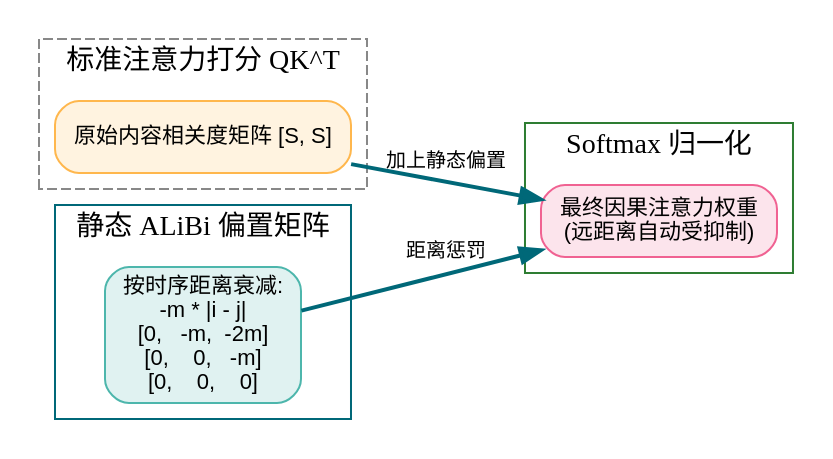
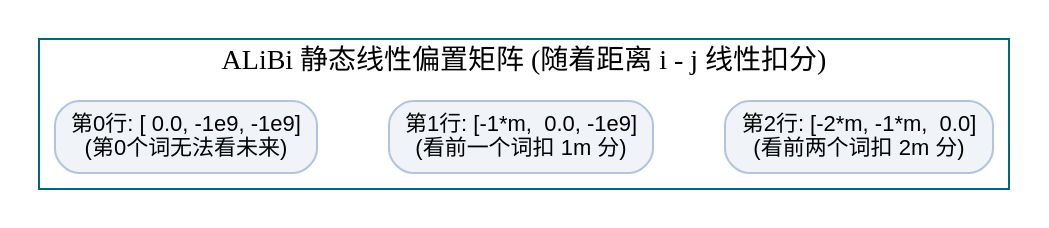
One commit to hqu-little-boy/blog changed the third of 3 diagrams in src/content/posts/dl-operators-05-positional-encoding-rope-alibi-guide.md. Above: the diagram before and after it, drawn with Graphviz. The commit also changed other lines of this file and 11 other files, not shown here.

````diff
--- a/src/content/posts/dl-operators-05-positional-encoding-rope-alibi-guide.md
+++ b/src/content/posts/dl-operators-05-positional-encoding-rope-alibi-guide.md
@@ -241,31 +197,16 @@
 ```graphviz
-digraph ALiBiDemo {
+digraph ALiBiPenalty {
     rankdir=LR;
     node [fontname="Helvetica,Arial,sans-serif", fontsize=11, shape=rect, style="rounded,filled", fillcolor="#f0f4f8", color="#b0c4de"];
     edge [fontname="Helvetica,Arial,sans-serif", fontsize=10, color="#555555"];
 
-    subgraph cluster_qk {
-        label = "标准注意力打分 QK^T";
-        style = dashed;
-        color = "#888888";
-        score [label="原始内容相关度矩阵 [S, S]", fillcolor="#fff3e0", color="#ffb74d"];
+    subgraph cluster_penalty {
+        label = "ALiBi 静态线性偏置矩阵 (随着距离 i - j 线性扣分)";
+        style = solid; color = "#006878";
+        p0 [label="第0行: [ 0.0, -1e9, -1e9]\n(第0个词无法看未来)"];
+        p1 [label="第1行: [-1*m,  0.0, -1e9]\n(看前一个词扣 1m 分)"];
+        p2 [label="第2行: [-2*m, -1*m,  0.0]\n(看前两个词扣 2m 分)"];
+        p0 -> p1 -> p2 [style=invis];
     }
-
-    subgraph cluster_bias {
-        label = "静态 ALiBi 偏置矩阵";
-        style = solid;
-        color = "#006878";
-        bias [label="按时序距离衰减:\n-m * |i - j|\n[0,   -m,  -2m]\n[0,    0,   -m]\n[0,    0,    0]", fillcolor="#e0f2f1", color="#4db6ac"];
-    }
-
-    subgraph cluster_out {
-        label = "Softmax 归一化";
-        style = solid;
-        color = "#2e7d32";
-        final [label="最终因果注意力权重\n(远距离自动受抑制)", fillcolor="#fce4ec", color="#f06292"];
-    }
-
-    score -> final [label="加上静态偏置", color="#006878", penwidth=2];
-    bias -> final [label="距离惩罚", color="#006878", penwidth=2];
 }
 ```
````
